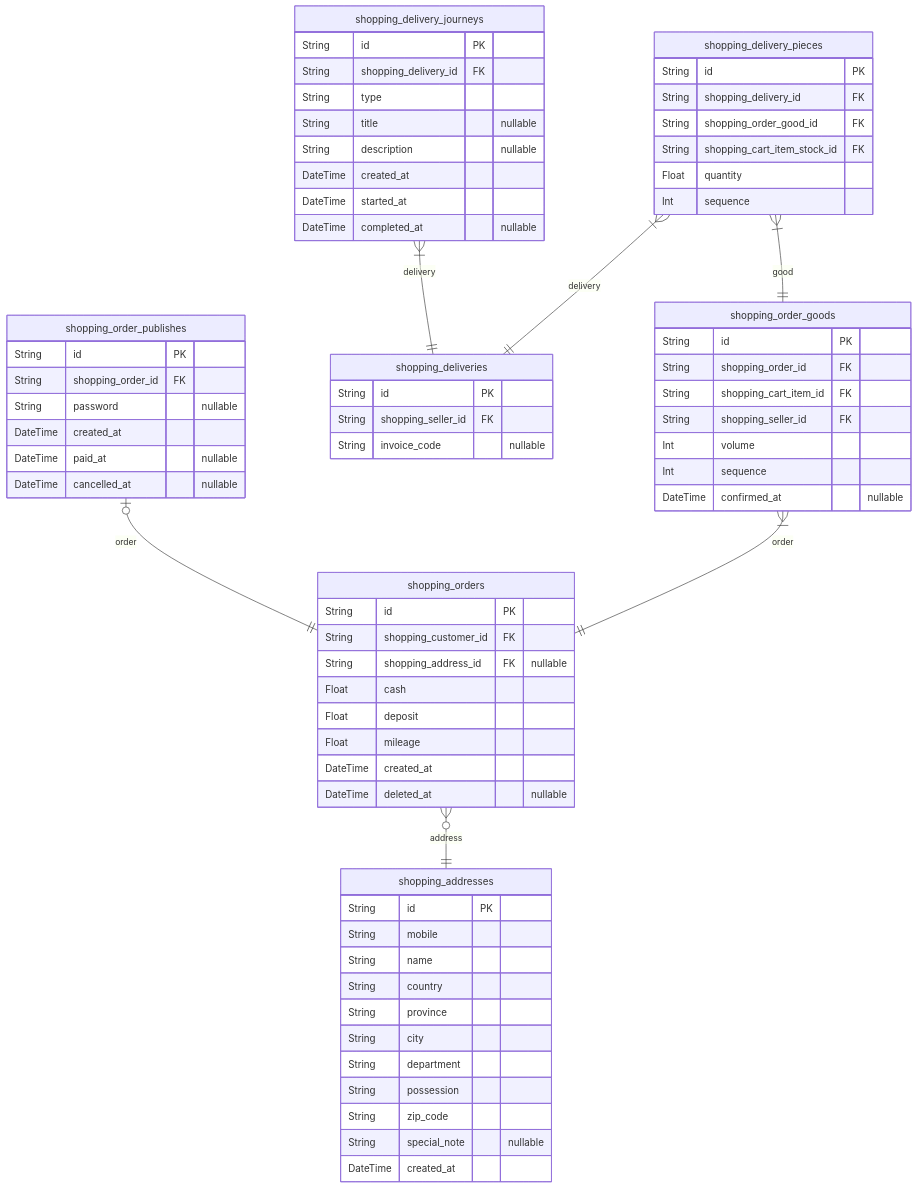
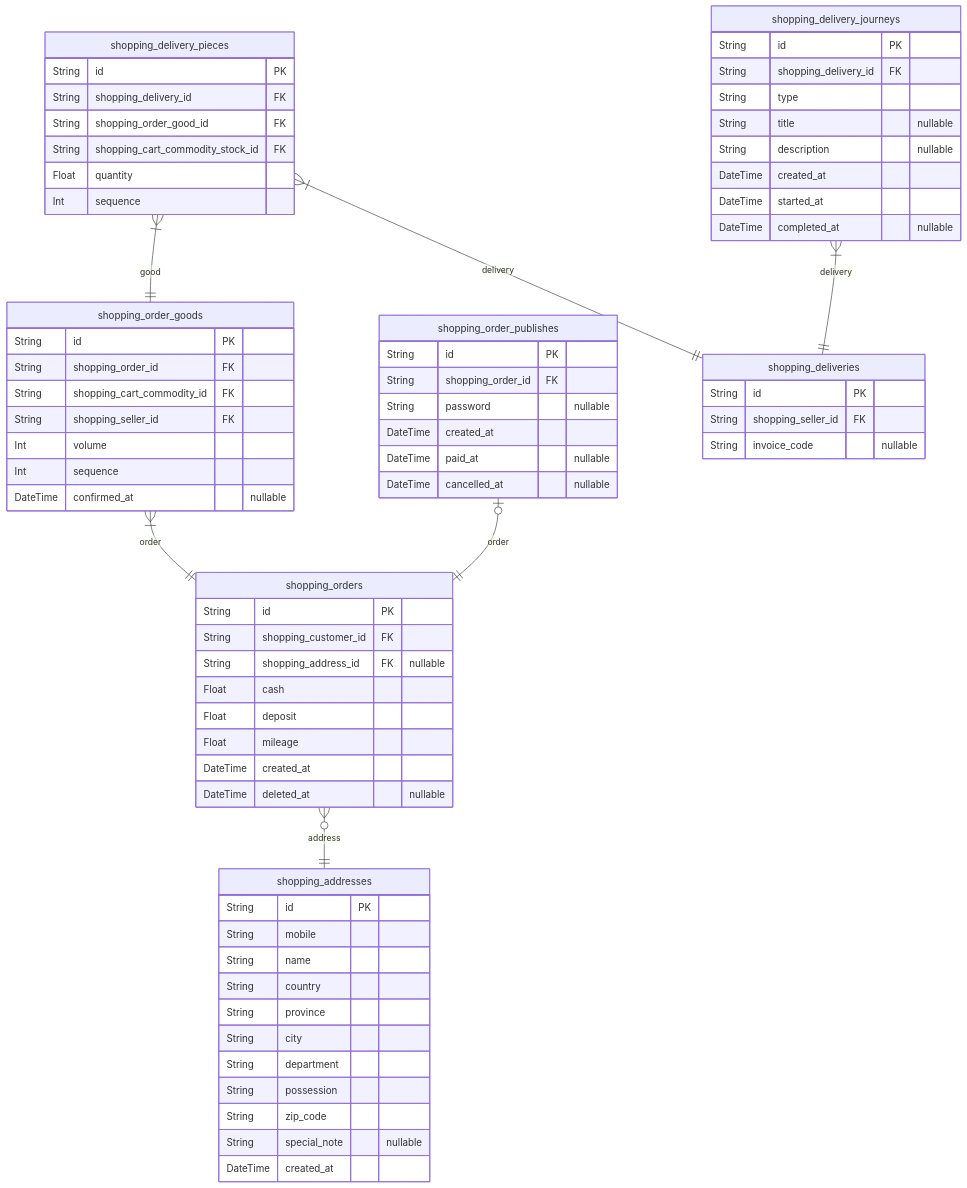
The sixth of 9 diagrams in ERD.md (samchon/prisma-markdown), drawn with Mermaid before and after one commit. The commit also changed other lines of this file and 1 other file, not shown here.

First line of the commit message:
Update schema.prisma

````diff
--- a/ERD.md
+++ b/ERD.md
@@ -1307,72 +1319,72 @@
 ```mermaid
 erDiagram
 shopping_orders {
     String id PK
     String shopping_customer_id FK
     String shopping_address_id FK "nullable"
     Float cash
     Float deposit
     Float mileage
     DateTime created_at
     DateTime deleted_at "nullable"
 }
+shopping_order_goods {
+    String id PK
+    String shopping_order_id FK
+    String shopping_cart_commodity_id FK
+    String shopping_seller_id FK
+    Int volume
+    Int sequence
+    DateTime confirmed_at "nullable"
+}
 shopping_order_publishes {
     String id PK
     String shopping_order_id FK
     String password "nullable"
     DateTime created_at
     DateTime paid_at "nullable"
     DateTime cancelled_at "nullable"
 }
-shopping_order_goods {
-    String id PK
-    String shopping_order_id FK
-    String shopping_cart_item_id FK
-    String shopping_seller_id FK
-    Int volume
-    Int sequence
-    DateTime confirmed_at "nullable"
-}
 shopping_deliveries {
     String id PK
     String shopping_seller_id FK
     String invoice_code "nullable"
+}
+shopping_delivery_pieces {
+    String id PK
+    String shopping_delivery_id FK
+    String shopping_order_good_id FK
+    String shopping_cart_commodity_stock_id FK
+    Float quantity
+    Int sequence
 }
 shopping_delivery_journeys {
     String id PK
     String shopping_delivery_id FK
     String type
     String title "nullable"
     String description "nullable"
     DateTime created_at
     DateTime started_at
     DateTime completed_at "nullable"
-}
-shopping_delivery_pieces {
-    String id PK
-    String shopping_delivery_id FK
-    String shopping_order_good_id FK
-    String shopping_cart_item_stock_id FK
-    Float quantity
-    Int sequence
 }
 shopping_addresses {
     String id PK
     String mobile
     String name
     String country
     String province
     String city
     String department
     String possession
     String zip_code
     String special_note "nullable"
     DateTime created_at
 }
 shopping_orders }o--|| shopping_addresses : address
+shopping_order_goods }|--|| shopping_orders : order
 shopping_order_publishes |o--|| shopping_orders : order
-shopping_order_goods }|--|| shopping_orders : order
-shopping_delivery_journeys }|--|| shopping_deliveries : delivery
 shopping_delivery_pieces }|--|| shopping_deliveries : delivery
 shopping_delivery_pieces }|--|| shopping_order_goods : good
+shopping_delivery_journeys }|--|| shopping_deliveries : delivery
 ```
````
